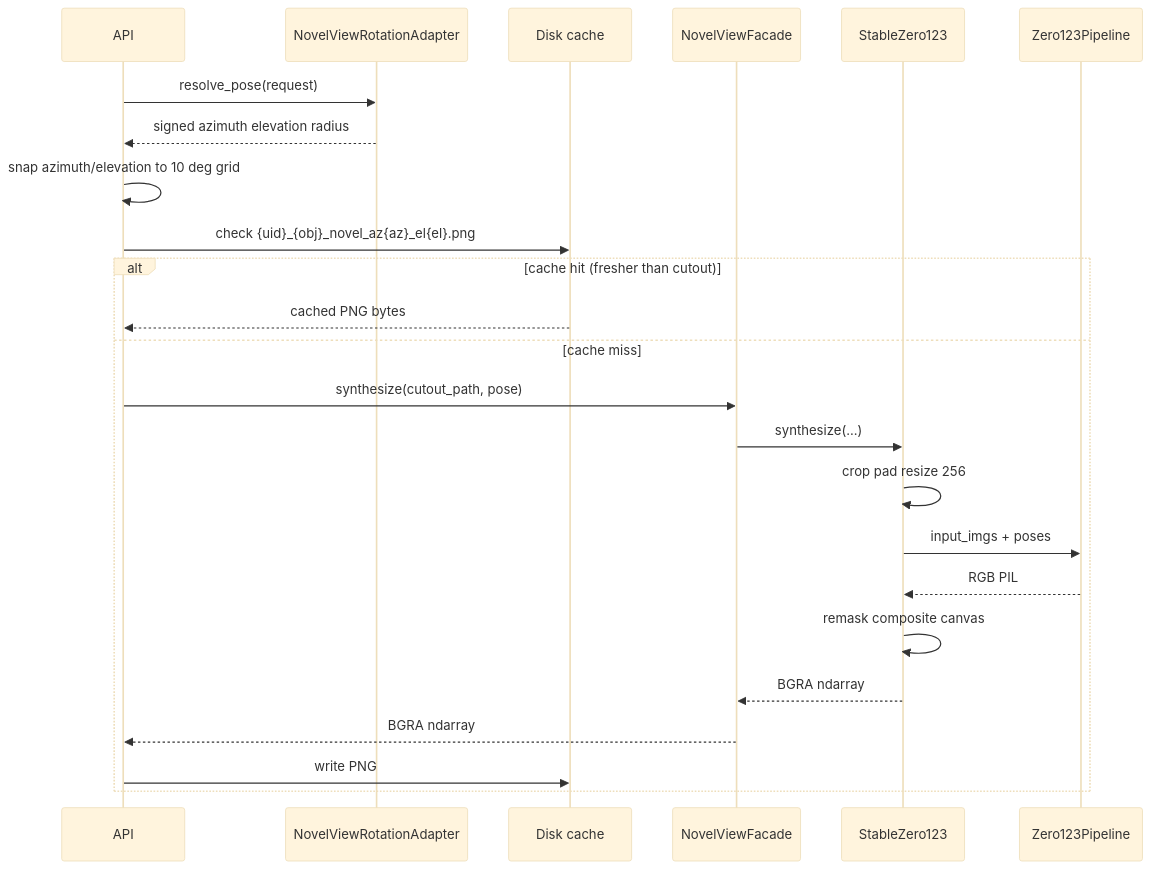
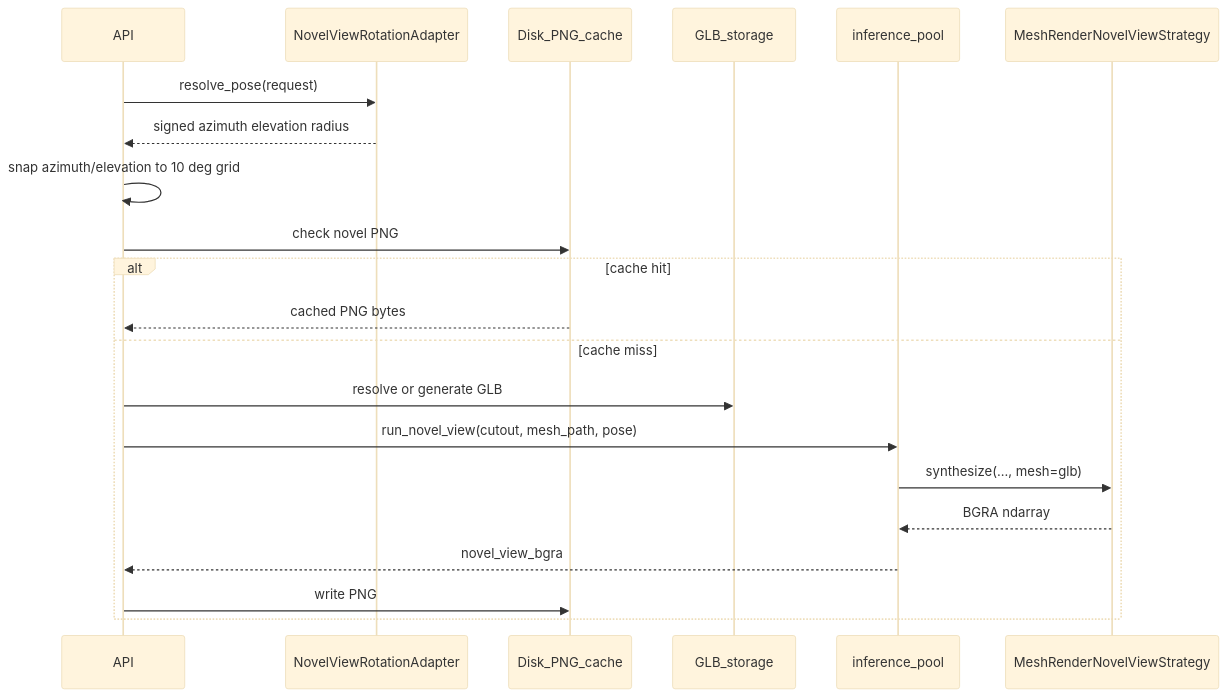
The diagram in docs/ai-pipeline/ai-engines/novel-view/flow.md (1mache/avroom), drawn with Mermaid (base theme) before and after one commit. The commit also changed other lines of this file and 19 other files, not shown here.

First line of the commit message:
Add mesh-render novel-view strategy for Photoshop-style GLB rotation.

````diff
--- a/docs/ai-pipeline/ai-engines/novel-view/flow.md
+++ b/docs/ai-pipeline/ai-engines/novel-view/flow.md
@@ -19,27 +16,24 @@
 ```mermaid
 sequenceDiagram
   participant API
   participant Adapter as NovelViewRotationAdapter
-  participant Cache as Disk cache
-  participant Facade as NovelViewFacade
-  participant Strategy as StableZero123
-  participant Model as Zero123Pipeline
+  participant Cache as Disk_PNG_cache
+  participant Glb as GLB_storage
+  participant Pool as inference_pool
+  participant Strat as MeshRenderNovelViewStrategy
 
   API->>Adapter: resolve_pose(request)
   Adapter-->>API: signed azimuth elevation radius
   API->>API: snap azimuth/elevation to 10 deg grid
-  API->>Cache: check {uid}_{obj}_novel_az{az}_el{el}.png
-  alt cache hit (fresher than cutout)
+  API->>Cache: check novel PNG
+  alt cache hit
     Cache-->>API: cached PNG bytes
   else cache miss
-    API->>Facade: synthesize(cutout_path, pose)
-    Facade->>Strategy: synthesize(...)
-    Strategy->>Strategy: crop pad resize 256
-    Strategy->>Model: input_imgs + poses
-    Model-->>Strategy: RGB PIL
-    Strategy->>Strategy: remask composite canvas
-    Strategy-->>Facade: BGRA ndarray
-    Facade-->>API: BGRA ndarray
+    API->>Glb: resolve or generate GLB
+    API->>Pool: run_novel_view(cutout, mesh_path, pose)
+    Pool->>Strat: synthesize(..., mesh=glb)
+    Strat-->>Pool: BGRA ndarray
+    Pool-->>API: novel_view_bgra
     API->>Cache: write PNG
   end
 ```
````
